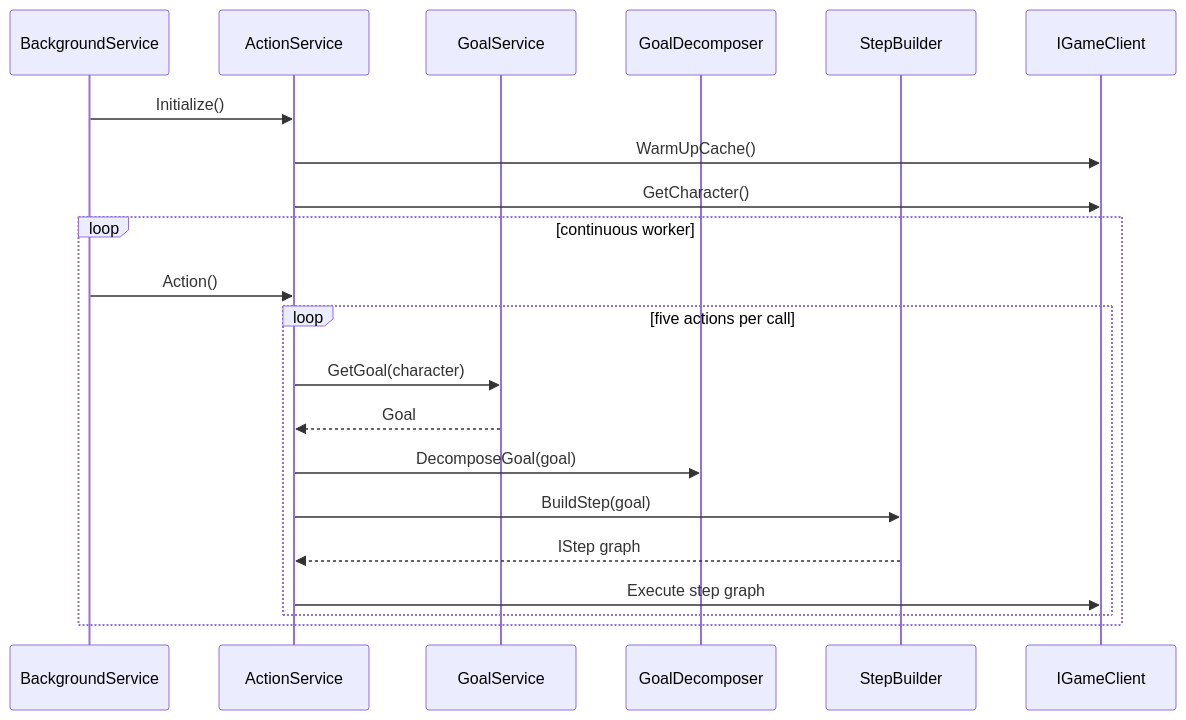
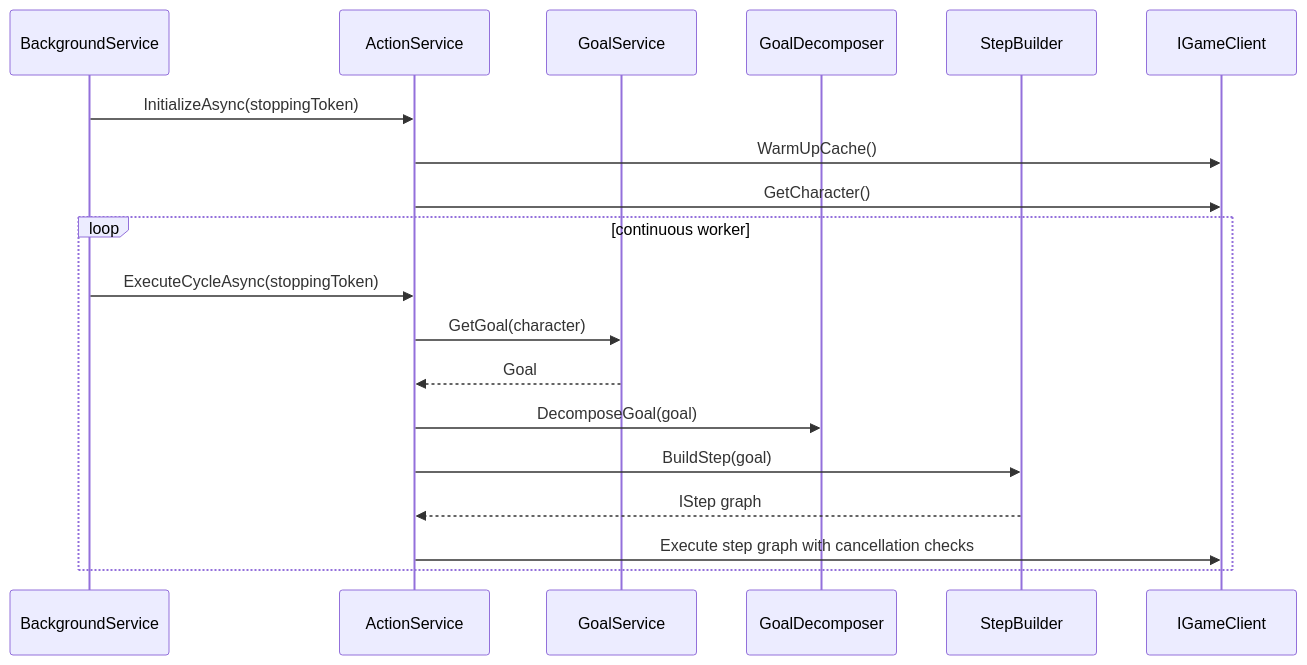
Before and after one commit to Gl-lab/Artiact: the second of 2 diagrams in docs/architecture.md, drawn with Mermaid. The commit also changed other lines of this file and 9 other files, not shown here.

````diff
--- a/docs/architecture.md
+++ b/docs/architecture.md
@@ -64,24 +64,22 @@
 ```mermaid
 sequenceDiagram
     participant B as BackgroundService
     participant A as ActionService
     participant G as GoalService
     participant D as GoalDecomposer
     participant S as StepBuilder
     participant C as IGameClient
 
-    B->>A: Initialize()
+    B->>A: InitializeAsync(stoppingToken)
     A->>C: WarmUpCache()
     A->>C: GetCharacter()
     loop continuous worker
-        B->>A: Action()
-        loop five actions per call
-            A->>G: GetGoal(character)
-            G-->>A: Goal
-            A->>D: DecomposeGoal(goal)
-            A->>S: BuildStep(goal)
-            S-->>A: IStep graph
-            A->>C: Execute step graph
-        end
+        B->>A: ExecuteCycleAsync(stoppingToken)
+        A->>G: GetGoal(character)
+        G-->>A: Goal
+        A->>D: DecomposeGoal(goal)
+        A->>S: BuildStep(goal)
+        S-->>A: IStep graph
+        A->>C: Execute step graph with cancellation checks
     end
 ```
````
